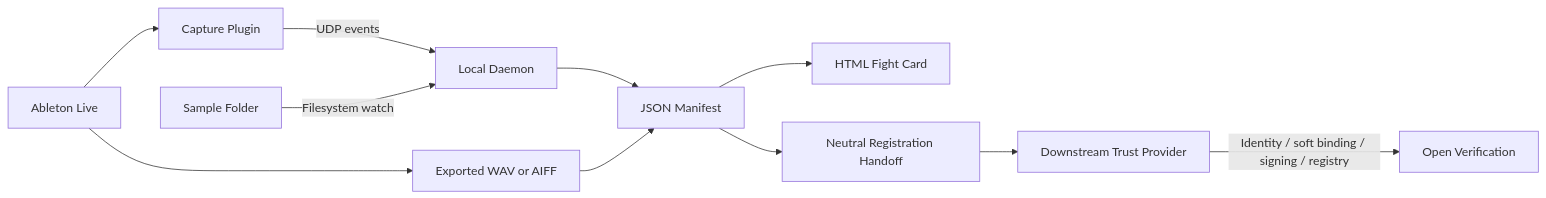
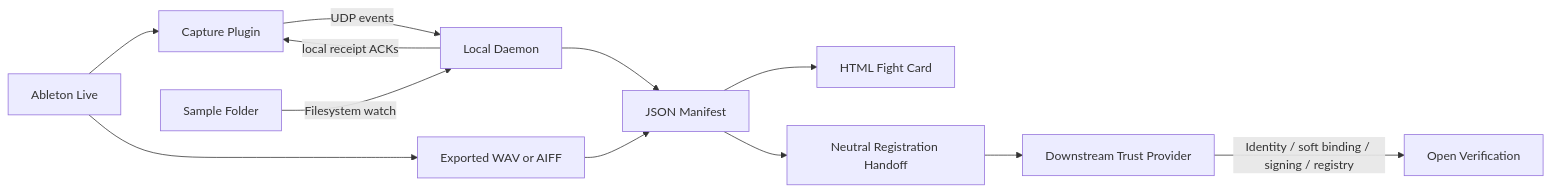
Before and after one commit to dcondrey/audio-provenance-wrapper-poc: the diagram in docs/ARCHITECTURE.md, drawn with Mermaid. The commit also changed other lines of this file and 34 other files, not shown here.

````diff
--- a/docs/ARCHITECTURE.md
+++ b/docs/ARCHITECTURE.md
@@ -28,13 +28,14 @@
 ```mermaid
 flowchart LR
     A[Ableton Live] --> B[Capture Plugin]
     B -->|UDP events| C[Local Daemon]
+    C -->|local receipt ACKs| B
     A --> D[Exported WAV or AIFF]
     C --> E[JSON Manifest]
     E --> G[HTML Fight Card]
     D --> E
     F[Sample Folder] -->|Filesystem watch| C
     E --> H[Neutral Registration Handoff]
     H --> I[Downstream Trust Provider]
     I -->|Identity / soft binding / signing / registry| J[Open Verification]
 ```
````
